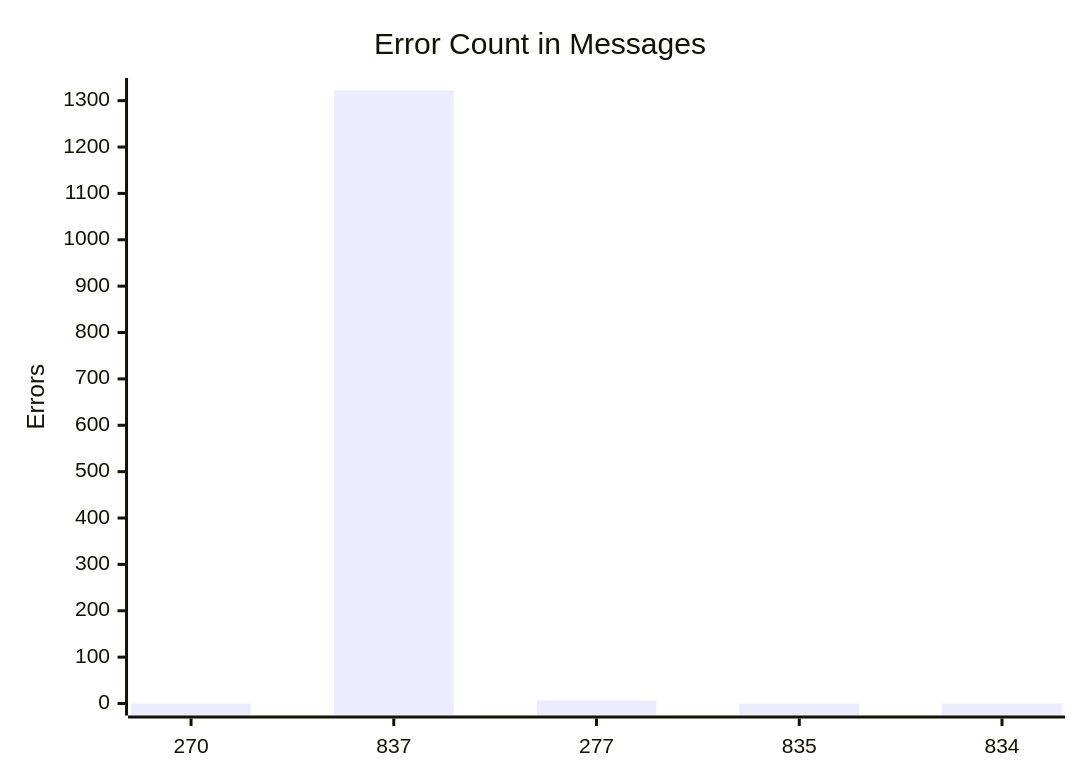
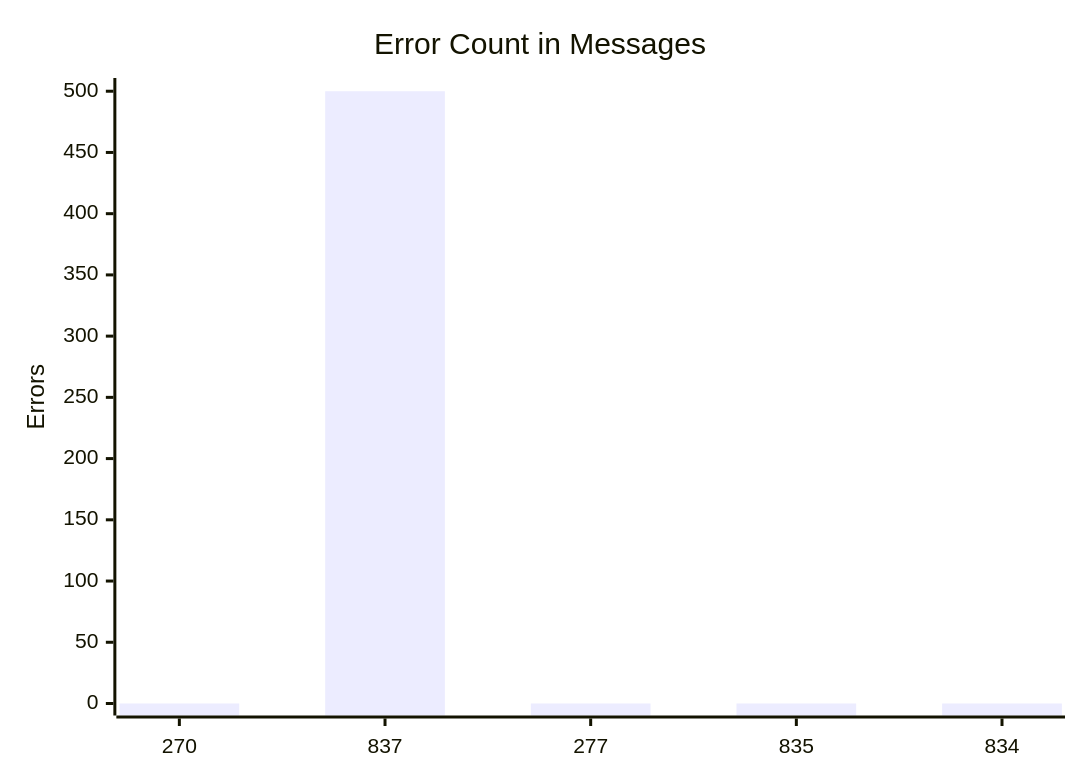
Before and after one commit to dhagan-va/intern-2025: the third of 10 diagrams in test-tools/DataGen/src/Statistics_Visualizer.md, drawn with Mermaid. The commit also changed other lines of this file and 2 other files, not shown here.

````diff
--- a/test-tools/DataGen/src/Statistics_Visualizer.md
+++ b/test-tools/DataGen/src/Statistics_Visualizer.md
@@ -40,7 +40,7 @@
 ```mermaid
 xychart-beta
     title "Error Count in Messages"
     x-axis ["270", "837", "277", "835", "834"]
-    y-axis "Errors" 0 --> 1323
-    bar [0, 1322, 7, 0, 0]
+    y-axis "Errors" 0 --> 501
+    bar [0, 500, 0, 0, 0]
 ```
````
